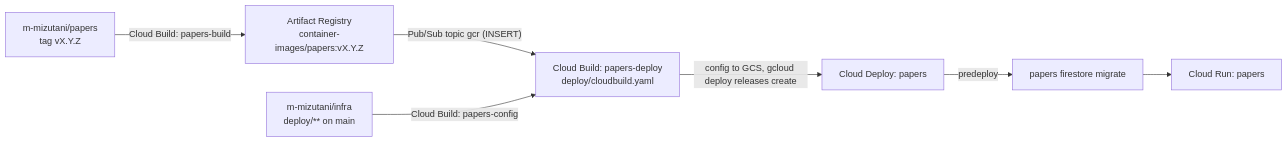
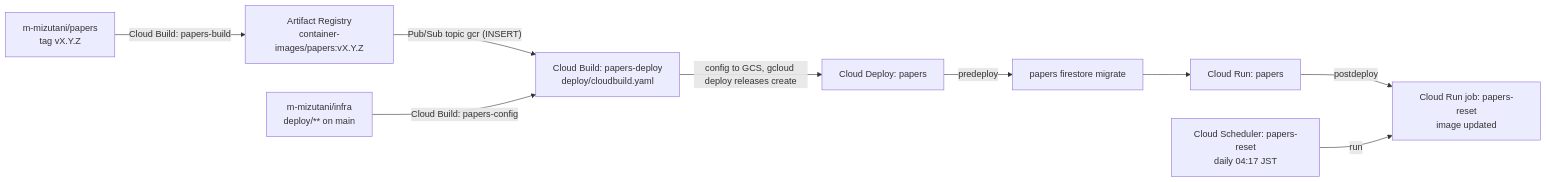
Before and after one commit to m-mizutani/infra: the diagram in google-cloud/mztn-papers/README.md, drawn with Mermaid. The commit also changed other lines of this file and 6 other files, not shown here.

First line of the commit message:
feat: reset the papers Firestore data once a day with a Cloud Run job

````diff
--- a/google-cloud/mztn-papers/README.md
+++ b/google-cloud/mztn-papers/README.md
@@ -9,9 +9,11 @@
 ```mermaid
 flowchart LR
   T["m-mizutani/papers<br/>tag vX.Y.Z"] -->|"Cloud Build: papers-build"| AR["Artifact Registry<br/>container-images/papers:vX.Y.Z"]
   AR -->|"Pub/Sub topic gcr (INSERT)"| D["Cloud Build: papers-deploy<br/>deploy/cloudbuild.yaml"]
   C["m-mizutani/infra<br/>deploy/** on main"] -->|"Cloud Build: papers-config"| D
   D -->|"config to GCS, gcloud deploy releases create"| CD["Cloud Deploy: papers"]
   CD -->|"predeploy"| FS["papers firestore migrate"]
   FS --> CR["Cloud Run: papers"]
+  CR -->|"postdeploy"| RJ["Cloud Run job: papers-reset<br/>image updated"]
+  SC["Cloud Scheduler: papers-reset<br/>daily 04:17 JST"] -->|"run"| RJ
 ```
````
